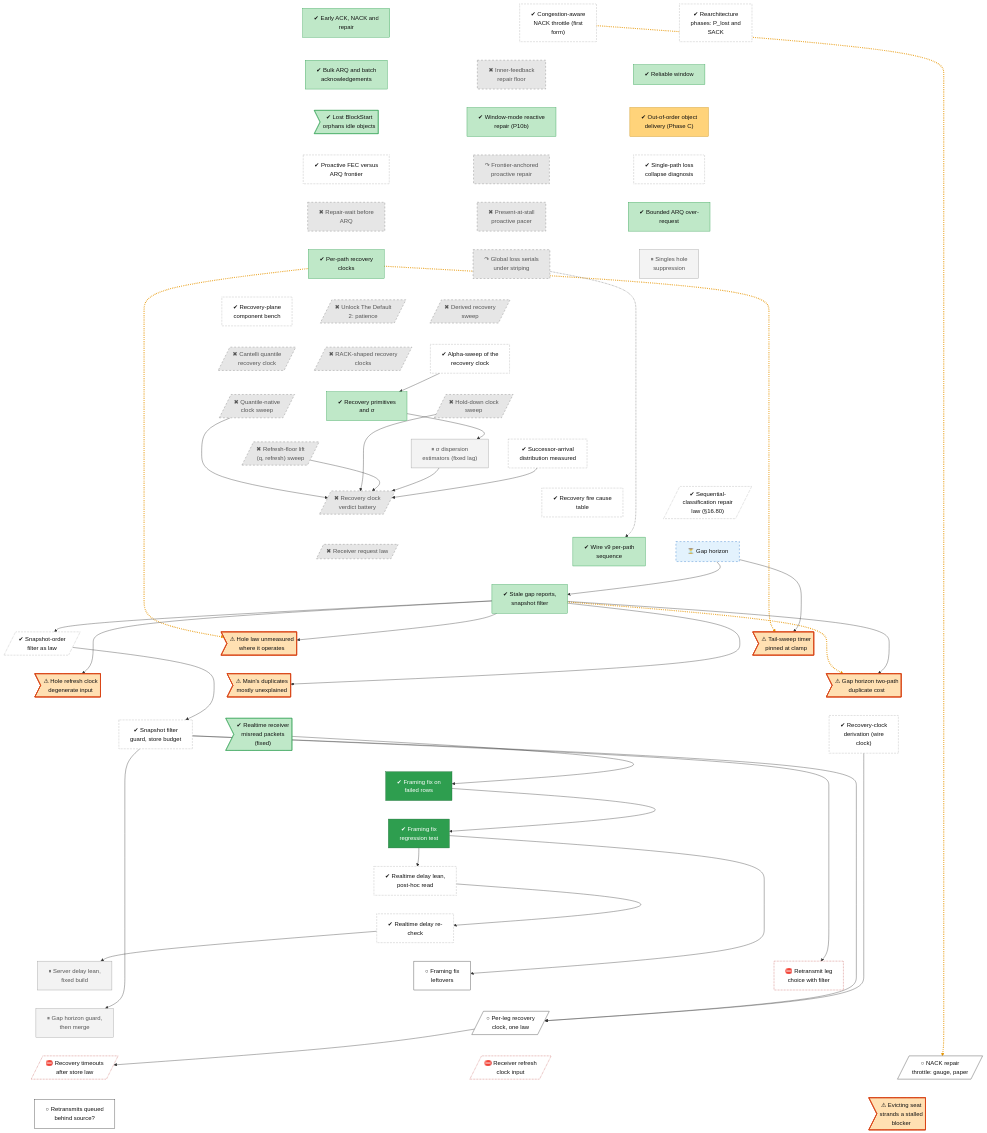
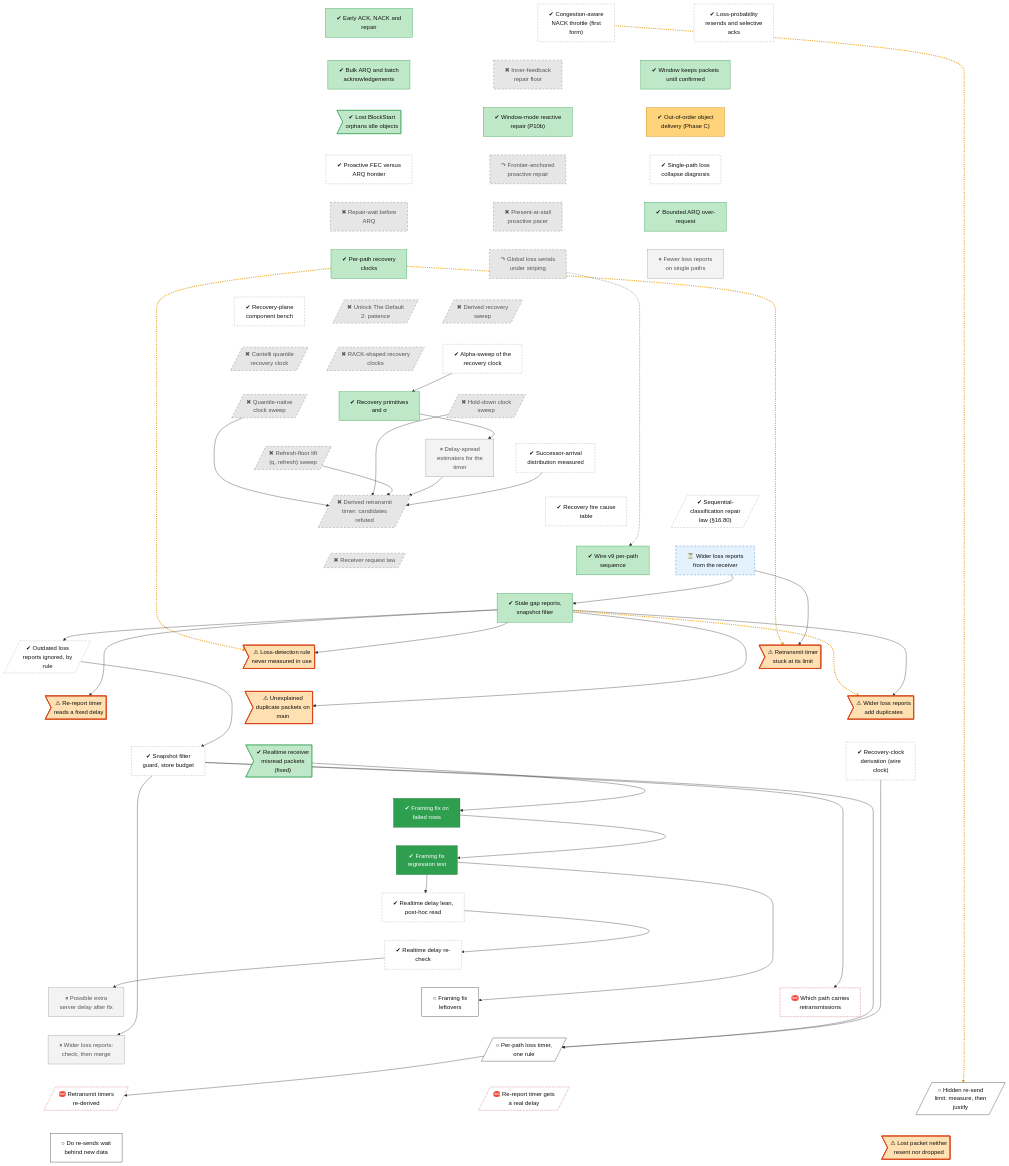
One commit to lhns/raptorpath changed the diagram in docs/roadmap/tracks/rec.md. Above: the diagram before and after it, drawn with Mermaid. The commit also changed other lines of this file and 15 other files, not shown here.

First line of the commit message:
roadmap: titles and plain sentences from the re-check

```diff
--- a/docs/roadmap/tracks/rec.md
+++ b/docs/roadmap/tracks/rec.md
@@ -11,10 +11,10 @@
 flowchart TB
     rec_early_arq["✔ Early ACK, NACK and<br/>repair"]
     rec_nack_congestion["✔ Congestion-aware<br/>NACK throttle (first<br/>form)"]
-    rec_plost_sack["✔ Rearchitecture<br/>phases: P_lost and<br/>SACK"]
+    rec_plost_sack["✔ Loss-probability<br/>resends and selective<br/>acks"]
     rec_bulk_arq["✔ Bulk ARQ and batch<br/>acknowledgements"]
     rec_p10a_repair_floor["✖ Inner-feedback<br/>repair floor"]
-    rec_reliable_window["✔ Reliable window"]
+    rec_reliable_window["✔ Window keeps packets<br/>until confirmed"]
     rec_blockstart_orphan>"✔ Lost BlockStart<br/>orphans idle objects"]
     rec_p10b_reactive_repair["✔ Window-mode reactive<br/>repair (P10b)"]
     rec_rwm_phase_c["✔ Out-of-order object<br/>delivery (Phase C)"]
@@ -26,7 +26,7 @@
     rec_arq_overrequest_bound["✔ Bounded ARQ over-<br/>request"]
     rec_per_path_clocks["✔ Per-path recovery<br/>clocks"]
     rec_mp_serial["↷ Global loss serials<br/>under striping"]
-    rec_recov_sp["⏸ Singles hole<br/>suppression"]
+    rec_recov_sp["⏸ Fewer loss reports<br/>on single paths"]
     rec_patience_derived[/"✖ Unlock The Default<br/>2: patience"/]
     rec_recovery_bench["✔ Recovery-plane<br/>component bench"]
     rec_clock_candidates[/"✖ Derived recovery<br/>sweep"/]
@@ -37,21 +37,21 @@
     rec_qnative_clock[/"✖ Quantile-native<br/>clock sweep"/]
     rec_holddown_clock[/"✖ Hold-down clock<br/>sweep"/]
     rec_refresh_floor[/"✖ Refresh-floor lift<br/>(q, refresh) sweep"/]
-    rec_dispersion_est["⏸ σ dispersion<br/>estimators (fixed lag)"]
+    rec_dispersion_est["⏸ Delay-spread<br/>estimators for the<br/>timer"]
     rec_successor_arrival["✔ Successor-arrival<br/>distribution measured"]
-    rec_goal101[/"✖ Recovery clock<br/>verdict battery"/]
+    rec_goal101[/"✖ Derived retransmit<br/>timer: candidates<br/>refuted"/]
     rec_fire_cause["✔ Recovery fire cause<br/>table"]
     rec_seqclass_law[/"✔ Sequential-<br/>classification repair<br/>law (#167;16.80)"/]
     rec_receiver_law[/"✖ Receiver request law"/]
     rec_wire_v9["✔ Wire v9 per-path<br/>sequence"]
-    rec_gap_horizon["⏳ Gap horizon"]
+    rec_gap_horizon["⏳ Wider loss reports<br/>from the receiver"]
     rec_snapver_filter["✔ Stale gap reports,<br/>snapshot filter"]
-    rec_snapver_law[/"✔ Snapshot-order<br/>filter as law"/]
-    rec_defect_qclk_clamp>"⚠ Tail-sweep timer<br/>pinned at clamp"]
-    rec_defect_hole_law>"⚠ Hole law unmeasured<br/>where it operates"]
-    rec_defect_refresh_input>"⚠ Hole refresh clock<br/>degenerate input"]
-    rec_leverb_c1d_cost>"⚠ Gap horizon two-path<br/>duplicate cost"]
-    rec_defect_base_duplicates>"⚠ Main's duplicates<br/>mostly unexplained"]
+    rec_snapver_law[/"✔ Outdated loss<br/>reports ignored, by<br/>rule"/]
+    rec_defect_qclk_clamp>"⚠ Retransmit timer<br/>stuck at its limit"]
+    rec_defect_hole_law>"⚠ Loss-detection rule<br/>never measured in use"]
+    rec_defect_refresh_input>"⚠ Re-report timer<br/>reads a fixed delay"]
+    rec_leverb_c1d_cost>"⚠ Wider loss reports<br/>add duplicates"]
+    rec_defect_base_duplicates>"⚠ Unexplained<br/>duplicate packets on<br/>main"]
     rec_s54_session["✔ Snapshot filter<br/>guard, store budget"]
     rec_wire_clock_derivation["✔ Recovery-clock<br/>derivation (wire<br/>clock)"]
     rec_defect_realtime_framing>"✔ Realtime receiver<br/>misread packets<br/>(fixed)"]
@@ -59,16 +59,16 @@
     rec_f2_merge_guard["✔ Framing fix<br/>regression test"]
     rec_s64_delay_lean["✔ Realtime delay lean,<br/>post-hoc read"]
     rec_realtime_delay_recheck["✔ Realtime delay re-<br/>check"]
-    rec_realtime_srv_lag_lean["⏸ Server delay lean,<br/>fixed build"]
+    rec_realtime_srv_lag_lean["⏸ Possible extra<br/>server delay after fix"]
     rec_framing_followups["○ Framing fix<br/>leftovers"]
-    rec_w0_leg_question["⛔ Retransmit leg<br/>choice with filter"]
-    rec_leverb_guard["⏸ Gap horizon guard,<br/>then merge"]
-    rec_fix_perleg_clock_n1[/"○ Per-leg recovery<br/>clock, one law"/]
-    rec_recovery_timeouts[/"⛔ Recovery timeouts<br/>after store law"/]
-    rec_fix_refresh_clock[/"⛔ Receiver refresh<br/>clock input"/]
-    rec_fix_nack_throttle[/"○ NACK repair<br/>throttle: gauge, paper"/]
-    rec_retx_behind_source["○ Retransmits queued<br/>behind source?"]
-    rec_evict_blocker_unresolved>"⚠ Evicting seat<br/>strands a stalled<br/>blocker"]
+    rec_w0_leg_question["⛔ Which path carries<br/>retransmissions"]
+    rec_leverb_guard["⏸ Wider loss reports:<br/>check, then merge"]
+    rec_fix_perleg_clock_n1[/"○ Per-path loss timer,<br/>one rule"/]
+    rec_recovery_timeouts[/"⛔ Retransmit timers<br/>re-derived"/]
+    rec_fix_refresh_clock[/"⛔ Re-report timer gets<br/>a real delay"/]
+    rec_fix_nack_throttle[/"○ Hidden re-send<br/>limit: measure, then<br/>justify"/]
+    rec_retx_behind_source["○ Do re-sends wait<br/>behind new data"]
+    rec_evict_blocker_unresolved>"⚠ Lost packet neither<br/>resent nor dropped"]
     rec_early_arq ~~~ rec_bulk_arq
     rec_nack_congestion ~~~ rec_p10a_repair_floor
     rec_plost_sack ~~~ rec_reliable_window
```
